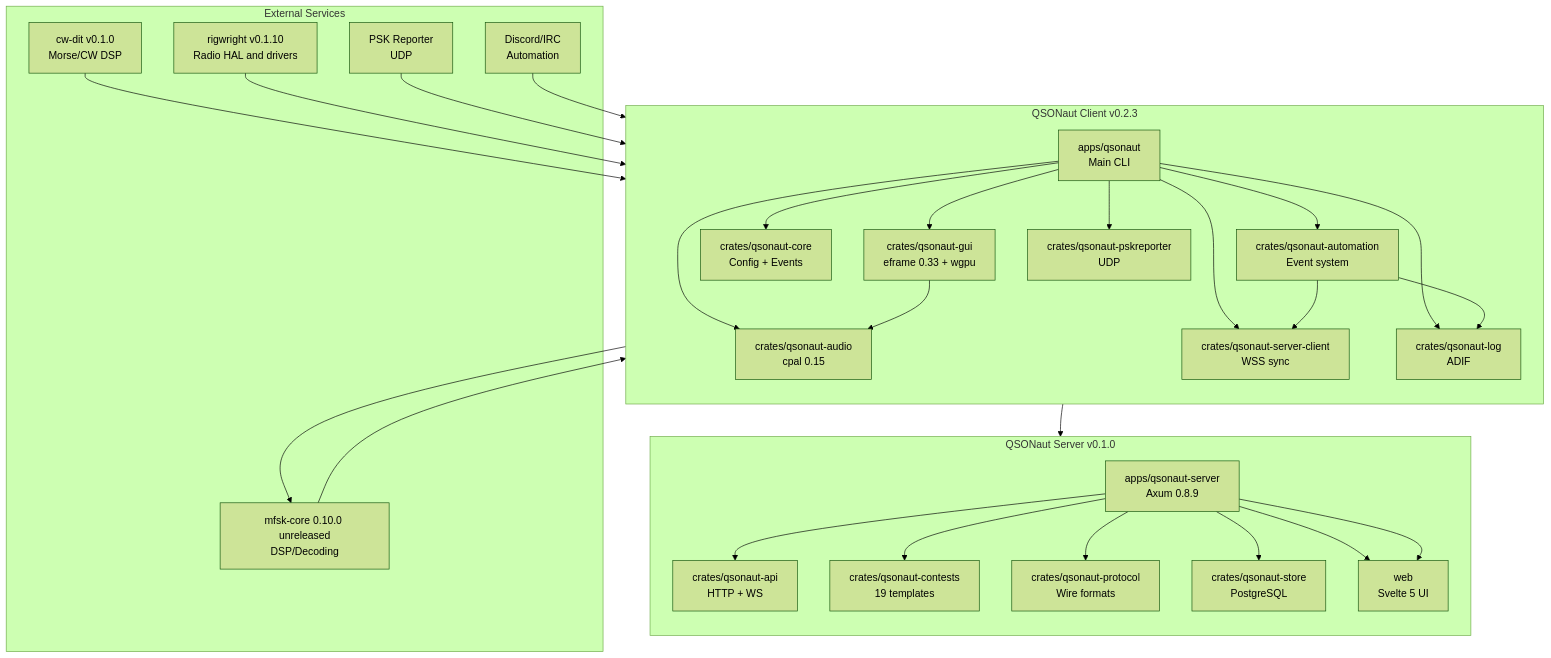
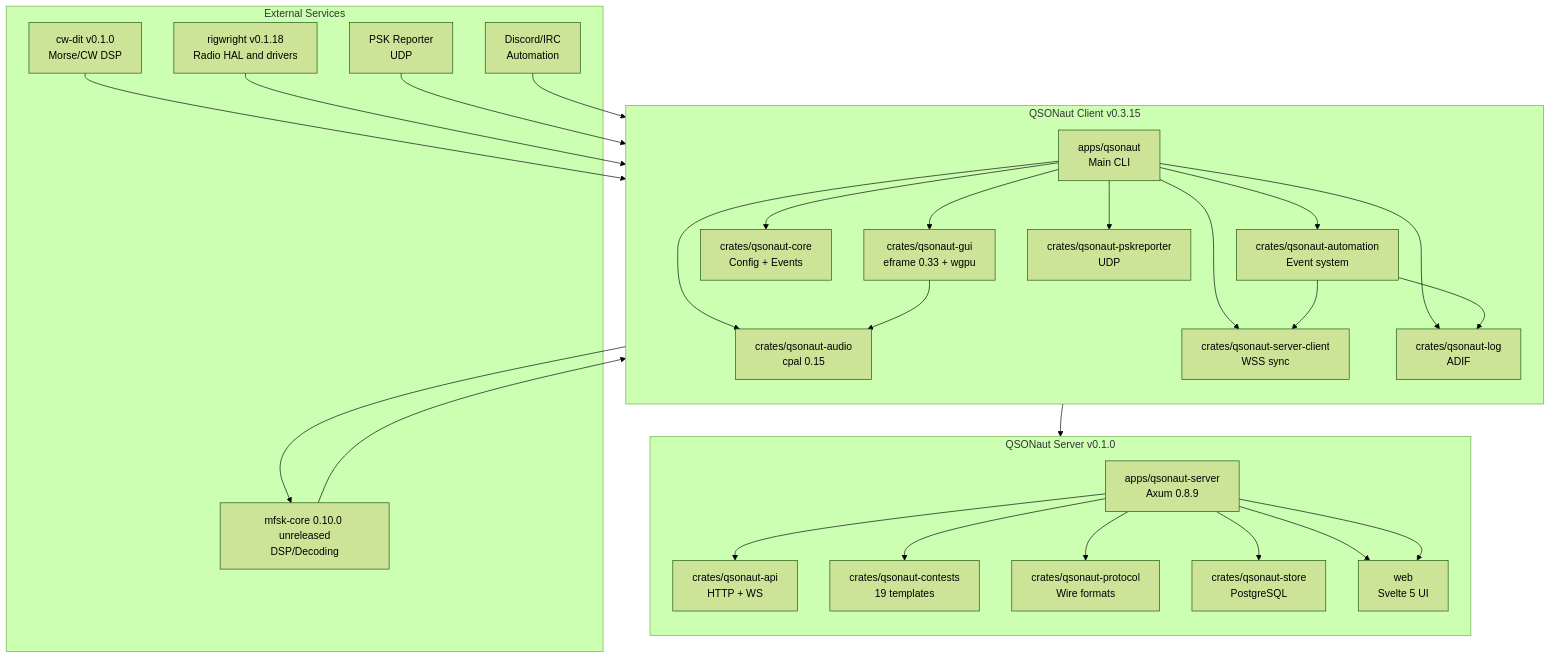
The first of 6 diagrams in docs/ARCHITECTURE.md (nicksbar/QSONaut), drawn with Mermaid (forest theme) before and after one commit. The commit also changed other lines of this file and 7 other files, not shown here.

````diff
--- a/docs/ARCHITECTURE.md
+++ b/docs/ARCHITECTURE.md
@@ -5,45 +5,45 @@
 ```mermaid
 graph TB
-    subgraph QSONaut_Client["QSONaut Client v0.2.3"]
+    subgraph QSONaut_Client["QSONaut Client v0.3.15"]
         direction TB
         A[apps/qsonaut<br/>Main CLI]
         A --> B[crates/qsonaut-gui<br/>eframe 0.33 + wgpu]
         A --> C[crates/qsonaut-core<br/>Config + Events]
         A --> F[crates/qsonaut-audio<br/>cpal 0.15]
         A --> G[crates/qsonaut-automation<br/>Event system]
         A --> H[crates/qsonaut-server-client<br/>WSS sync]
         A --> I[crates/qsonaut-log<br/>ADIF]
         A --> J[crates/qsonaut-pskreporter<br/>UDP]
         
         B --> F
         G --> H
         G --> I
     end
     
     subgraph QSONaut_Server["QSONaut Server v0.1.0"]
         direction TB
         K[apps/qsonaut-server<br/>Axum 0.8.9]
         K --> L[crates/qsonaut-api<br/>HTTP + WS]
         K --> M[crates/qsonaut-contests<br/>19 templates]
         K --> N[crates/qsonaut-protocol<br/>Wire formats]
         K --> O[crates/qsonaut-store<br/>PostgreSQL]
         K --> P[web<br/>Svelte 5 UI]
     end
     
     subgraph External["External Services"]
         Q[mfsk-core 0.10.0 unreleased<br/>DSP/Decoding]
         U[cw-dit v0.1.0<br/>Morse/CW DSP]
-        R[rigwright v0.1.10<br/>Radio HAL and drivers]
+        R[rigwright v0.1.18<br/>Radio HAL and drivers]
         S[PSK Reporter<br/>UDP]
         T[Discord/IRC<br/>Automation]
     end
     
     Q --> B
     U --> B
     F --> Q
     R --> A
     S --> I
     T --> G
     H --> K
     K --> P
 ```
````
